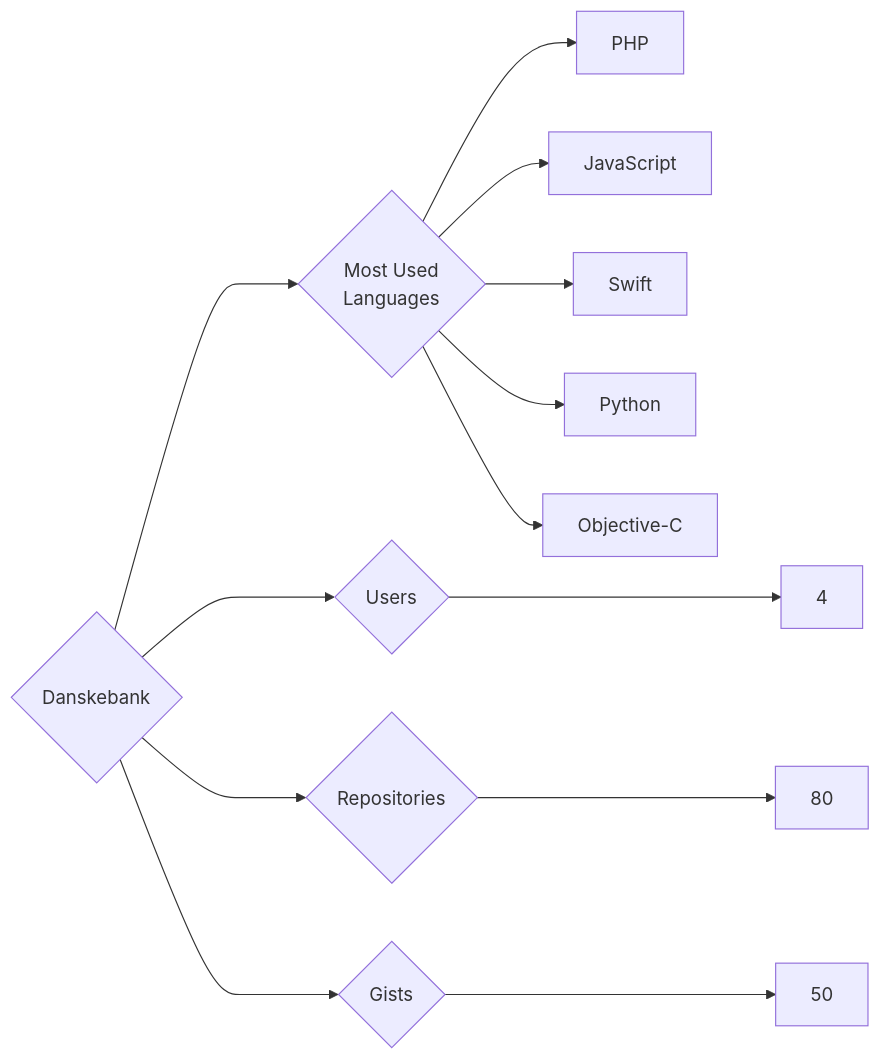
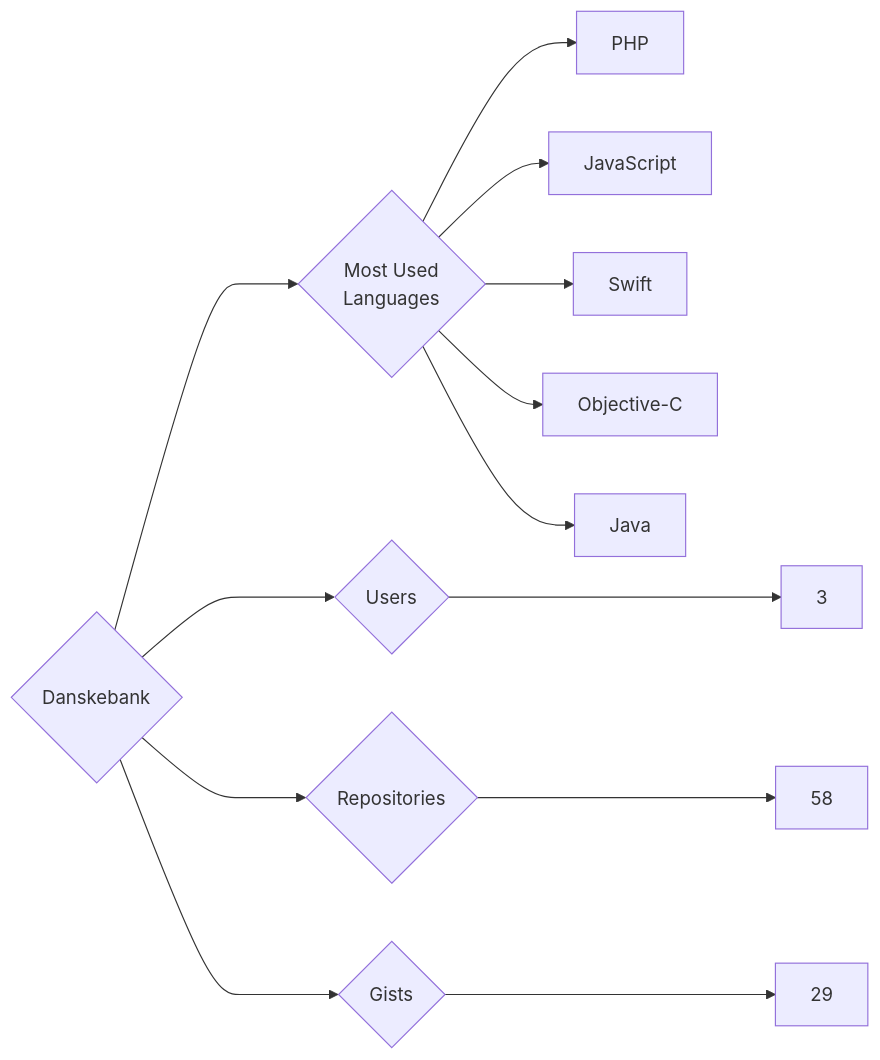
One commit to trickest/insiders changed the diagram in targets/Danskebank/README.md. Above: the diagram before and after it, drawn with Mermaid. The commit also changed 611 other files, not shown here.

````diff
--- a/targets/Danskebank/README.md
+++ b/targets/Danskebank/README.md
@@ -3,13 +3,13 @@
 ```mermaid
 graph LR
 COMPANY_NAME{Danskebank}
-COMPANY_NAME ---> U{Users} ---> UN[4]
-COMPANY_NAME ---> R{Repositories} ---> RN[80]
-COMPANY_NAME ---> G{Gists} ---> GN[50]
+COMPANY_NAME ---> U{Users} ---> UN[3]
+COMPANY_NAME ---> R{Repositories} ---> RN[58]
+COMPANY_NAME ---> G{Gists} ---> GN[29]
 COMPANY_NAME ---> ML{Most Used<br>Languages}
 ML --> PHP[PHP]
 ML --> JavaScript[JavaScript]
 ML --> Swift[Swift]
-ML --> Python[Python]
 ML --> Objective-C[Objective-C]
+ML --> Java[Java]
 ```
````
